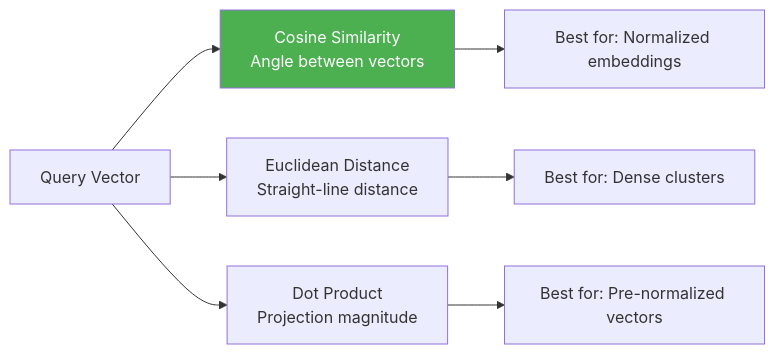
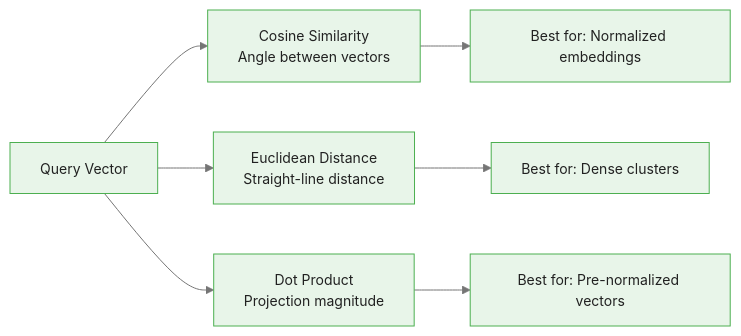
One commit to m-deane/course-creator changed the first of 7 diagrams in courses/dataiku-genai/modules/module_02_rag/guides/02_retrieval_strategies_slides.md. Above: the diagram before and after it, drawn with Mermaid. The commit also changed other lines of this file and 54 other files, not shown here.

````diff
--- a/courses/dataiku-genai/modules/module_02_rag/guides/02_retrieval_strategies_slides.md
+++ b/courses/dataiku-genai/modules/module_02_rag/guides/02_retrieval_strategies_slides.md
@@ -60,12 +65,11 @@
 ```mermaid
+%%{init: {"theme": "base", "themeVariables": {"primaryColor": "#e8f5e9", "primaryBorderColor": "#4caf50", "primaryTextColor": "#212121", "secondaryColor": "#e3f2fd", "tertiaryColor": "#fff8e1", "lineColor": "#757575", "fontFamily": "Inter, sans-serif", "fontSize": "14px"}}}%%
 graph LR
     Q[Query Vector] --> COS[Cosine Similarity<br/>Angle between vectors]
     Q --> EUC[Euclidean Distance<br/>Straight-line distance]
     Q --> DOT[Dot Product<br/>Projection magnitude]
 
     COS --> USE1[Best for: Normalized embeddings]
     EUC --> USE2[Best for: Dense clusters]
     DOT --> USE3[Best for: Pre-normalized vectors]
-
-    style COS fill:#4CAF50,color:#fff
 ```
````
